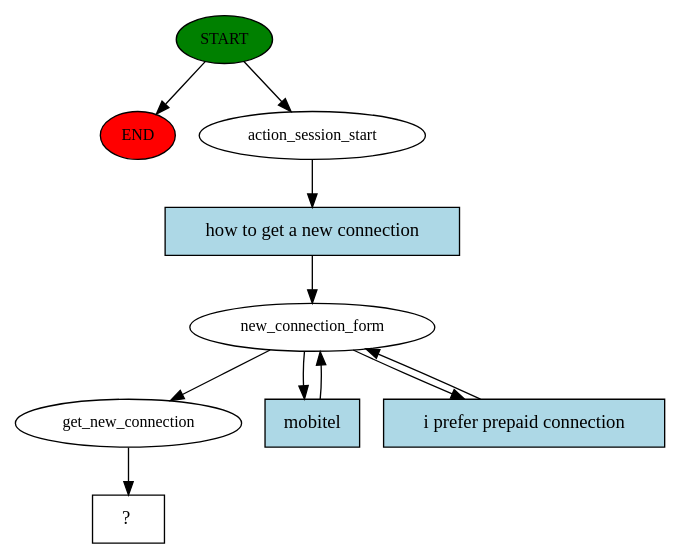
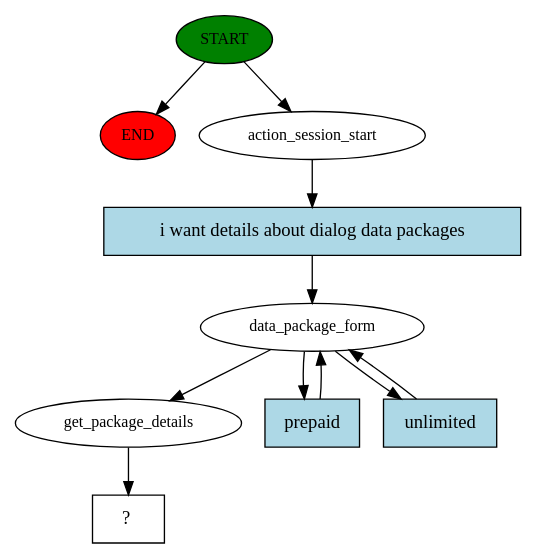
One commit to NLP-based-Chatbot/NLP changed the diagram in Telecommunication/story_graph.dot. Above: the diagram before and after it, drawn with Graphviz. The commit also changed 21 other files, not shown here.

```diff
--- a/Telecommunication/story_graph.dot
+++ b/Telecommunication/story_graph.dot
@@ -1,21 +1,21 @@
 digraph  {
 0 [class="start active", fillcolor=green, fontsize=12, label=START, style=filled];
 "-1" [class=end, fillcolor=red, fontsize=12, label=END, style=filled];
 1 [class=active, fontsize=12, label=action_session_start];
-2 [class=active, fontsize=12, label=new_connection_form];
-5 [class=active, fontsize=12, label=get_new_connection];
+2 [class=active, fontsize=12, label=data_package_form];
+5 [class=active, fontsize=12, label=get_package_details];
 6 [class="intent dashed active", label="  ?  ", shape=rect];
-7 [class="intent active", fillcolor=lightblue, label="how to get a new connection", shape=rect, style=filled];
-8 [class="intent active", fillcolor=lightblue, label=mobitel, shape=rect, style=filled];
-9 [class="intent active", fillcolor=lightblue, label="i prefer prepaid connection", shape=rect, style=filled];
+7 [class="intent active", fillcolor=lightblue, label="i want details about dialog data packages", shape=rect, style=filled];
+8 [class="intent active", fillcolor=lightblue, label=prepaid, shape=rect, style=filled];
+9 [class="intent active", fillcolor=lightblue, label=unlimited, shape=rect, style=filled];
 0 -> "-1"  [class="", key=NONE, label=""];
 0 -> 1  [class=active, key=NONE, label=""];
 1 -> 7  [class=active, key=0];
 2 -> 5  [class=active, key=NONE, label=""];
 2 -> 8  [class=active, key=0];
 2 -> 9  [class=active, key=0];
 5 -> 6  [class=active, key=NONE, label=""];
 7 -> 2  [class=active, key=0];
 8 -> 2  [class=active, key=0];
 9 -> 2  [class=active, key=0];
 }
```
